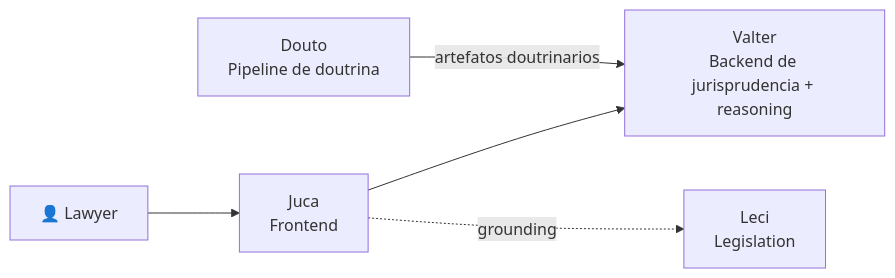
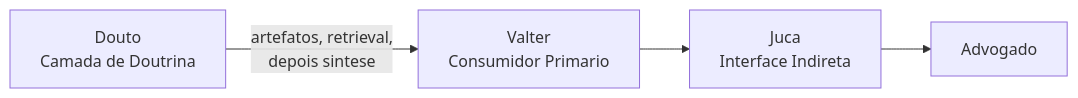
The third of 8 diagrams in sites/douto/src/content/docs/pt-br/architecture/diagrams.md (sensdiego/sens.legal), drawn with Mermaid before and after one commit. The commit also changed other lines of this file and 39 other files, not shown here.

First line of the commit message:
docs: sync douto and juca docs from source repos

````diff
--- a/sites/douto/src/content/docs/pt-br/architecture/diagrams.md
+++ b/sites/douto/src/content/docs/pt-br/architecture/diagrams.md
@@ -80,13 +80,11 @@
 ```mermaid
 graph LR
-    USER["👤 Lawyer"]
-    JU["Juca<br/>Frontend"]
-    VA["Valter<br/>Backend de jurisprudencia + reasoning"]
-    LE["Leci<br/>Legislation"]
-    DO["Douto<br/>Pipeline de doutrina"]
+    DO["Douto<br/>Camada de Doutrina"]
+    VA["Valter<br/>Consumidor Primario"]
+    JU["Juca<br/>Interface Indireta"]
+    LW["Advogado"]
 
-    USER --> JU
-    JU --> VA
-    JU -.->|"grounding"| LE
-    DO -->|"artefatos doutrinarios"| VA
+    DO -->|"artefatos, retrieval,<br/>depois sintese"| VA
+    VA --> JU
+    JU --> LW
 ```
````
